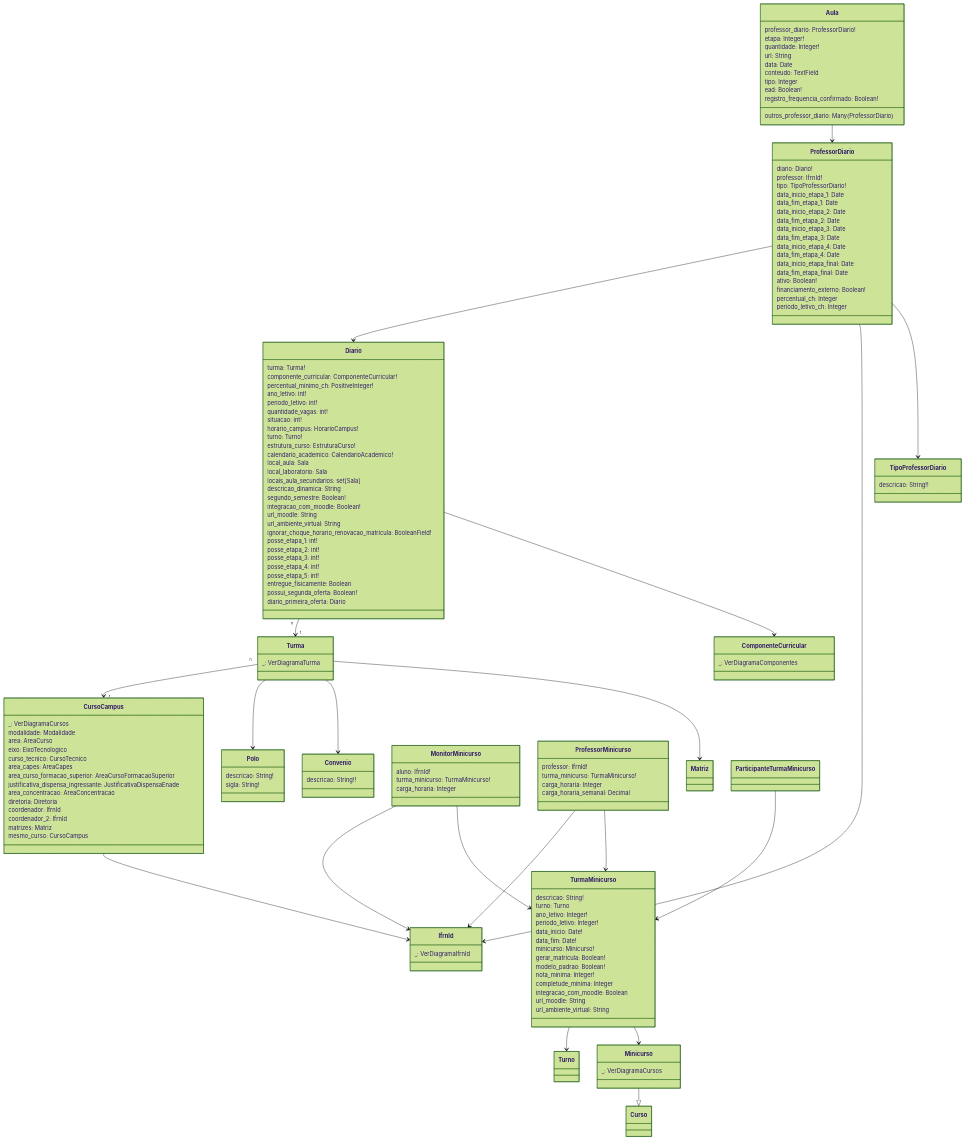
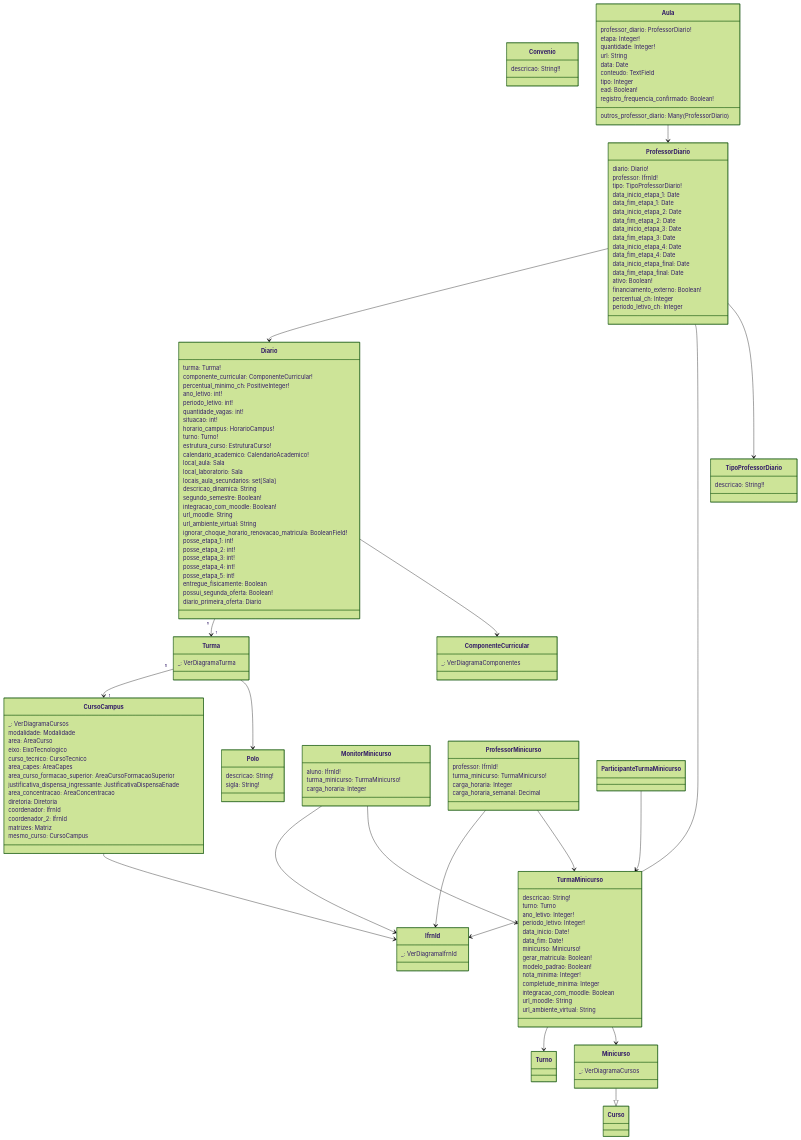
One commit to cte-zl-ifrn/cte-zl-ifrn.github.io changed the diagram in suap/edu/diarios.md. Above: the diagram before and after it, drawn with Mermaid (forest theme).

Commit message:
ajustes no diagrama de diários

```diff
--- a/suap/edu/diarios.md
+++ b/suap/edu/diarios.md
@@ -139,8 +139,6 @@
     Minicurso --|> Curso
 
     Turma --> Polo
-    Turma --> Convenio
-    Turma --> Matriz
 
     TurmaMinicurso --> Turno
     TurmaMinicurso --> Minicurso
```
